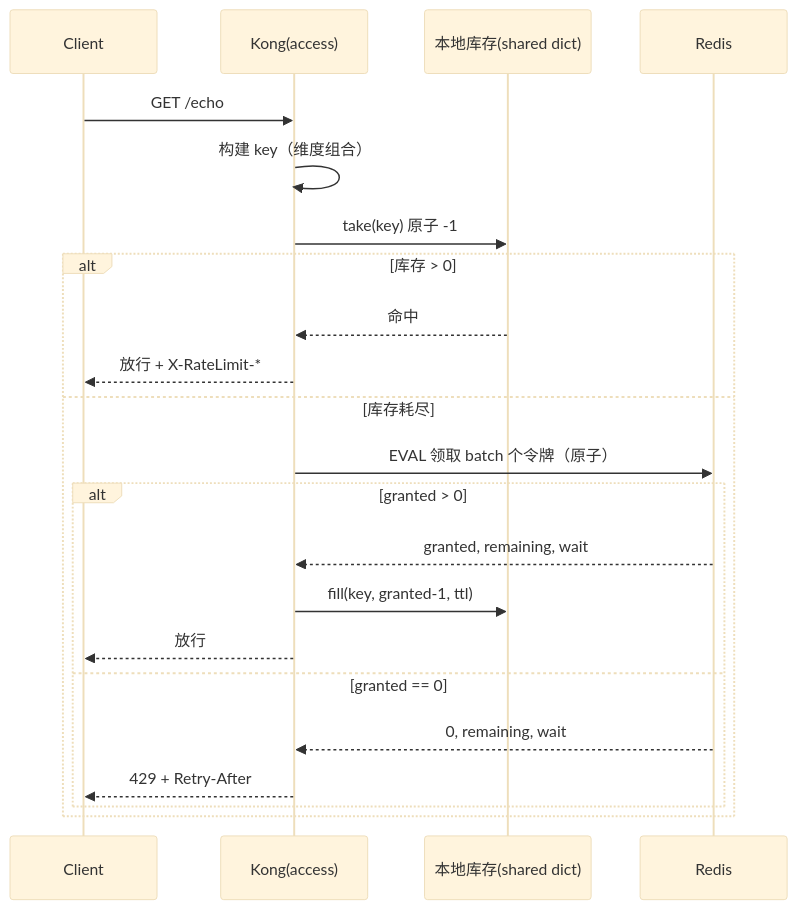
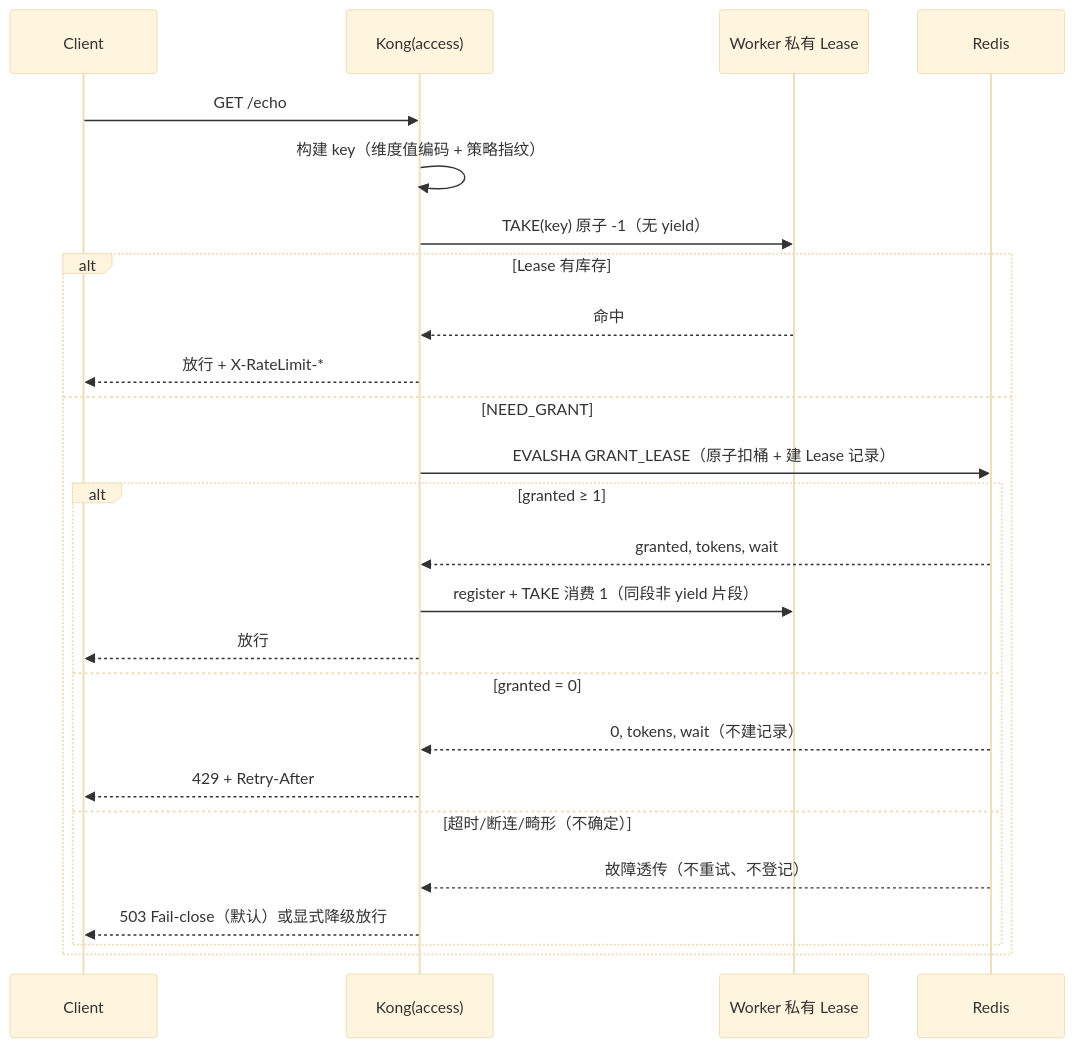
The first of 2 diagrams in docs/design.md (EffortsToTheBald/kong-ratelimit), drawn with Mermaid (base theme) before and after one commit. The commit also changed other lines of this file, not shown here.

````diff
--- a/docs/design.md
+++ b/docs/design.md
@@ -60,25 +63,28 @@
 ```mermaid
 sequenceDiagram
     participant C as Client
     participant K as Kong(access)
-    participant L as 本地库存(shared dict)
+    participant L as Worker 私有 Lease
     participant R as Redis
 
     C->>K: GET /echo
-    K->>K: 构建 key（维度组合）
-    K->>L: take(key)  原子 -1
-    alt 库存 > 0
+    K->>K: 构建 key（维度值编码 + 策略指纹）
+    K->>L: TAKE(key)  原子 -1（无 yield）
+    alt Lease 有库存
         L-->>K: 命中
         K-->>C: 放行 + X-RateLimit-*
-    else 库存耗尽
-        K->>R: EVAL 领取 batch 个令牌（原子）
-        alt granted > 0
-            R-->>K: granted, remaining, wait
-            K->>L: fill(key, granted-1, ttl)
+    else NEED_GRANT
+        K->>R: EVALSHA GRANT_LEASE（原子扣桶 + 建 Lease 记录）
+        alt granted ≥ 1
+            R-->>K: granted, tokens, wait
+            K->>L: register + TAKE 消费 1（同段非 yield 片段）
             K-->>C: 放行
-        else granted == 0
-            R-->>K: 0, remaining, wait
+        else granted = 0
+            R-->>K: 0, tokens, wait（不建记录）
             K-->>C: 429 + Retry-After
+        else 超时/断连/畸形（不确定）
+            R-->>K: 故障透传（不重试、不登记）
+            K-->>C: 503 Fail-close（默认）或显式降级放行
         end
     end
 ```
````
